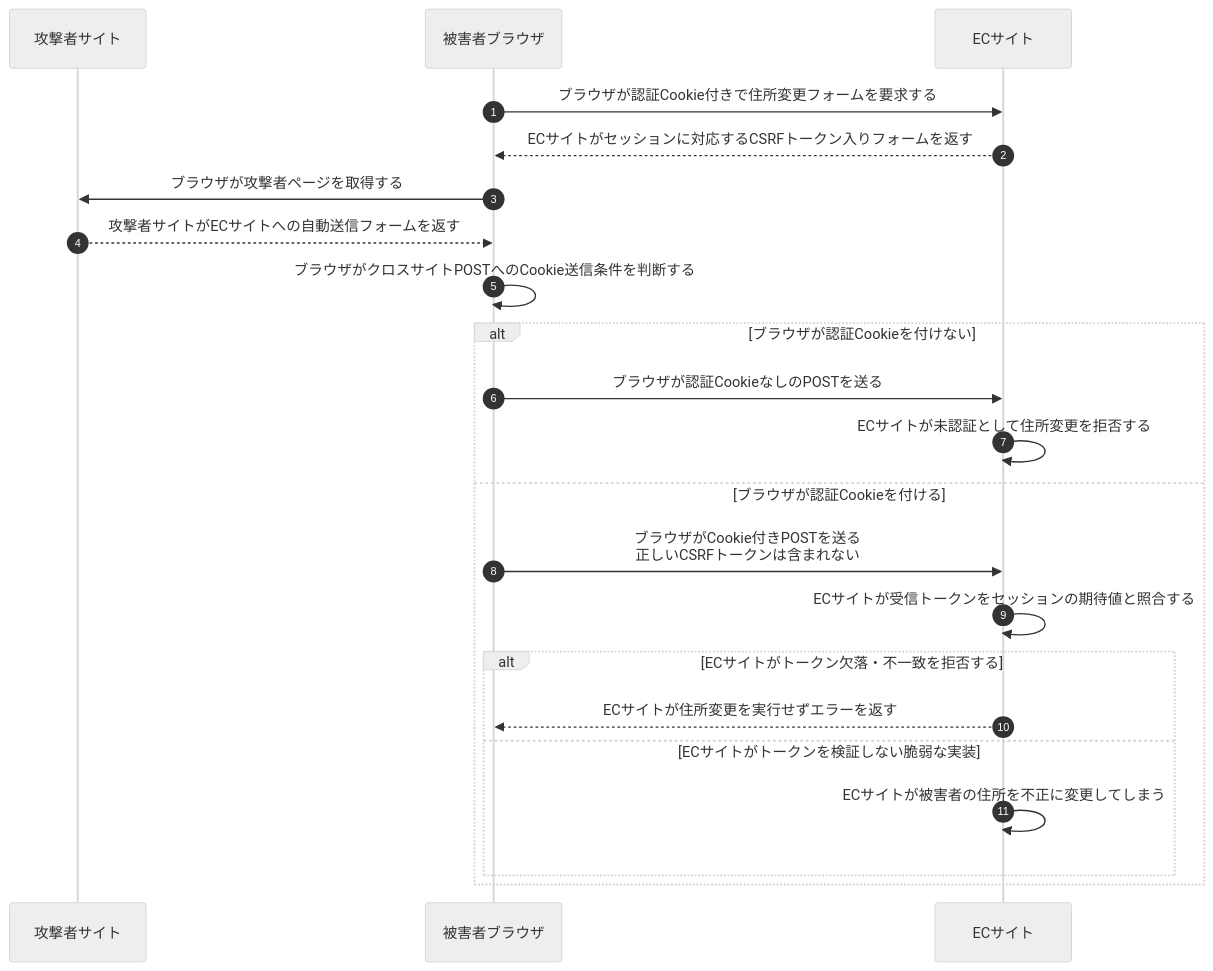
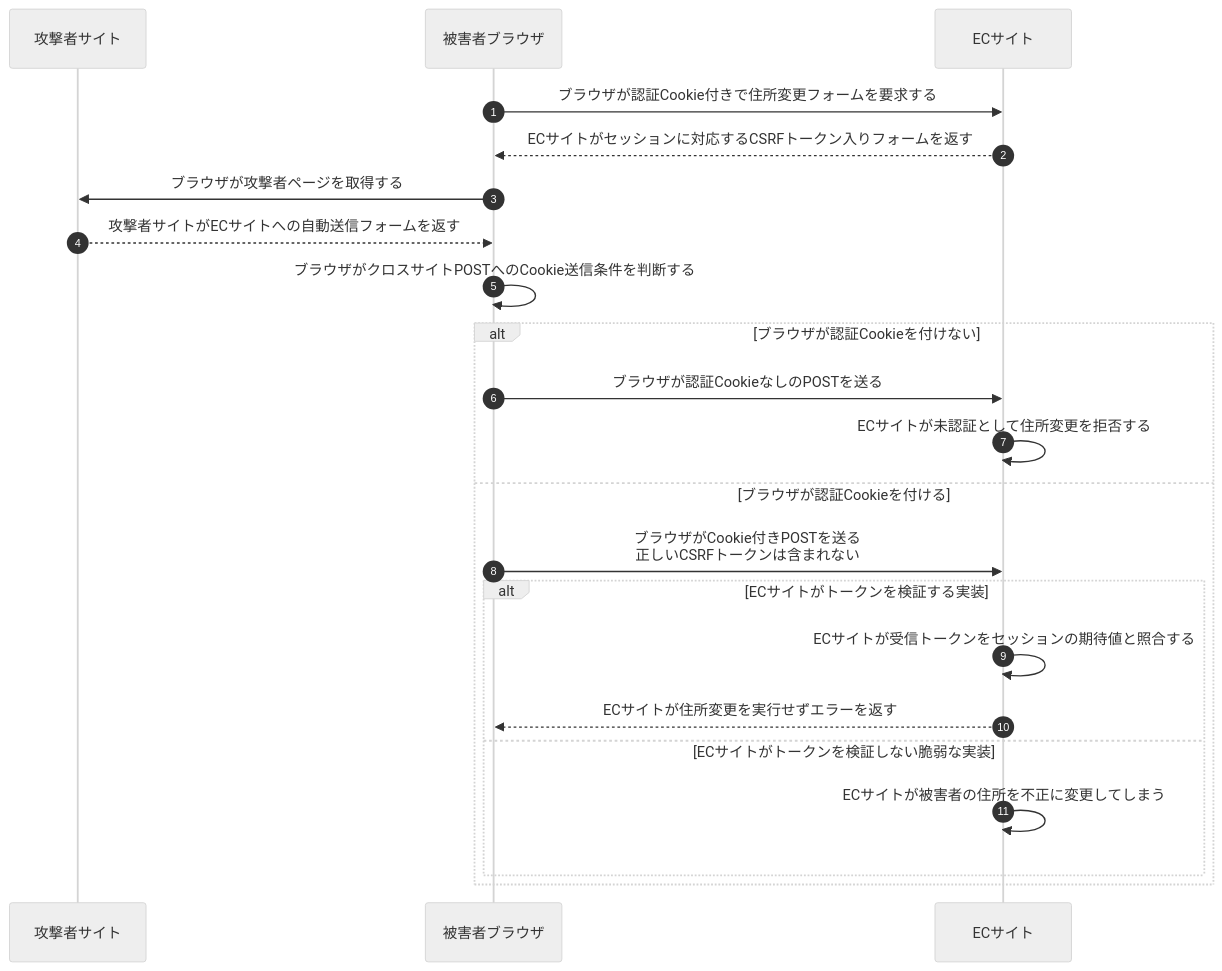
The diagram in 復習用/流れ図/CSRFトークンとSameSite.md (ryusuke2003/security-specialist-study), drawn with Mermaid (neutral theme) before and after one commit. The commit also changed 7 other files, not shown here.

Commit message:
図の折り返しと認証失敗時の前提を整え検証結果と導線を更新

````diff
--- a/復習用/流れ図/CSRFトークンとSameSite.md
+++ b/復習用/流れ図/CSRFトークンとSameSite.md
@@ -9,25 +9,25 @@
 ```mermaid
 sequenceDiagram
     autonumber
     participant X as 攻撃者サイト
     participant B as 被害者ブラウザ
     participant A as ECサイト
 
     B->>A: ブラウザが認証Cookie付きで住所変更フォームを要求する
     A-->>B: ECサイトがセッションに対応するCSRFトークン入りフォームを返す
     B->>X: ブラウザが攻撃者ページを取得する
     X-->>B: 攻撃者サイトがECサイトへの自動送信フォームを返す
     B->>B: ブラウザがクロスサイトPOSTへのCookie送信条件を判断する
     alt ブラウザが認証Cookieを付けない
         B->>A: ブラウザが認証CookieなしのPOSTを送る
         A->>A: ECサイトが未認証として住所変更を拒否する
     else ブラウザが認証Cookieを付ける
         B->>A: ブラウザがCookie付きPOSTを送る<br/>正しいCSRFトークンは含まれない
-        A->>A: ECサイトが受信トークンをセッションの期待値と照合する
-        alt ECサイトがトークン欠落・不一致を拒否する
+        alt ECサイトがトークンを検証する実装
+            A->>A: ECサイトが受信トークンをセッションの期待値と照合する
             A-->>B: ECサイトが住所変更を実行せずエラーを返す
         else ECサイトがトークンを検証しない脆弱な実装
             A->>A: ECサイトが被害者の住所を不正に変更してしまう
         end
     end
 ```
````
